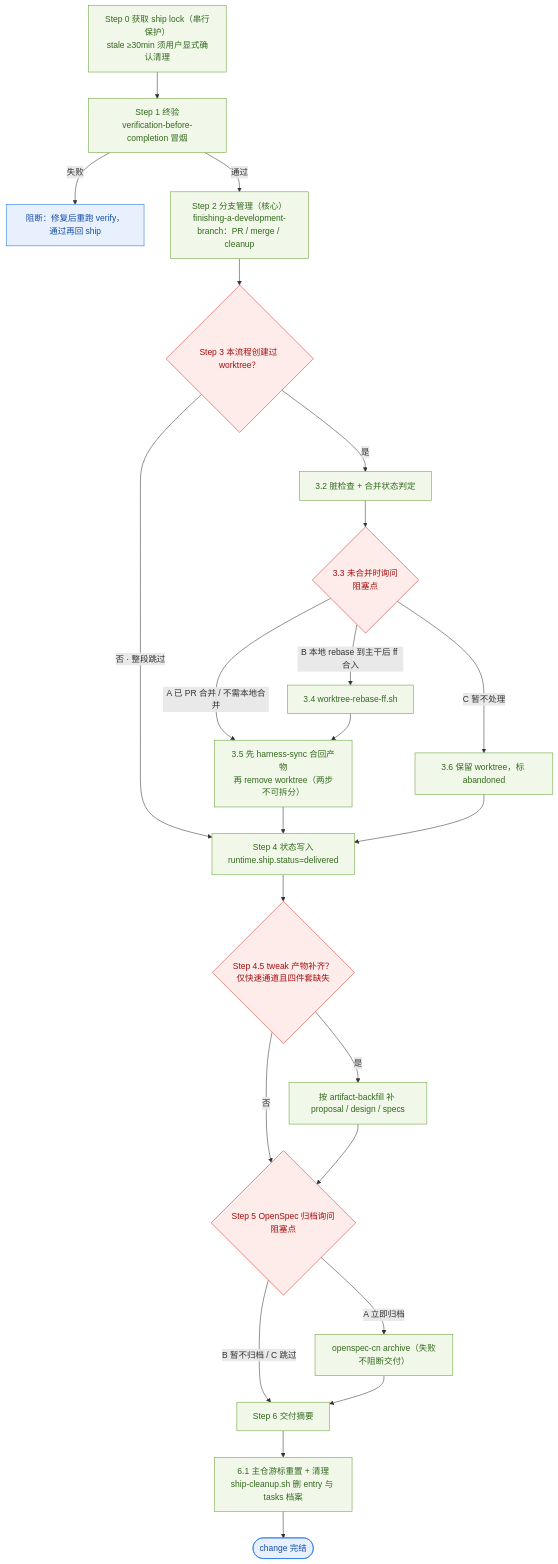
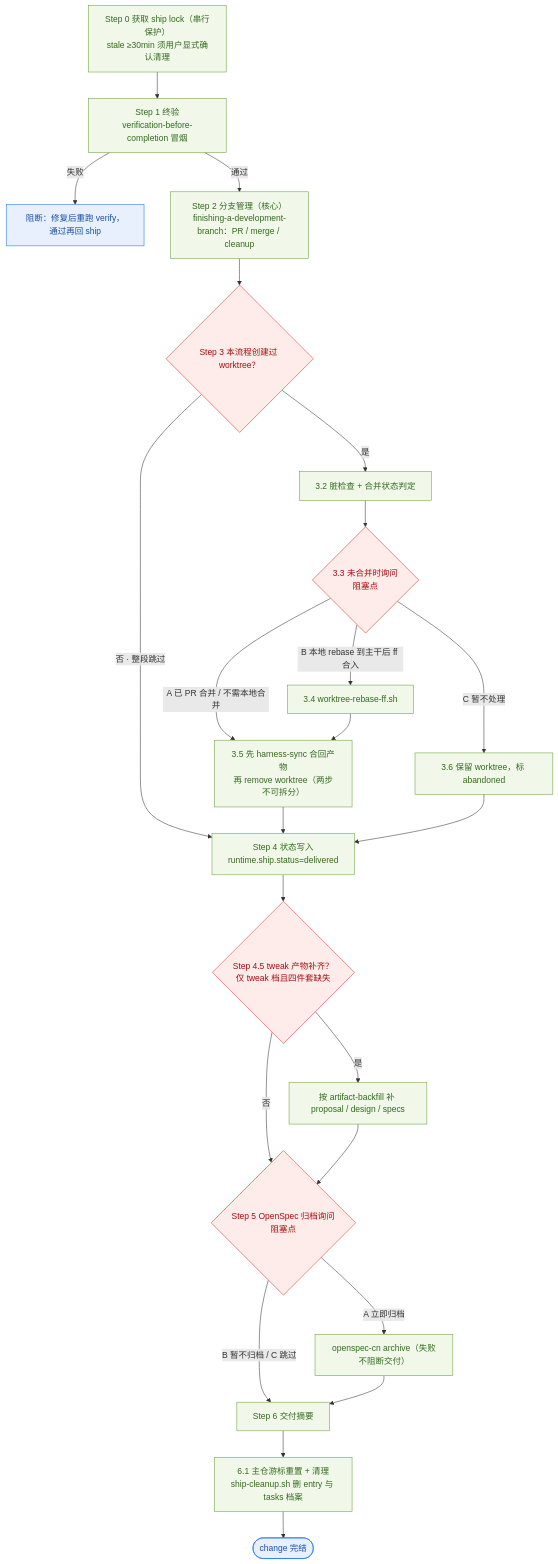
The tenth of 12 diagrams in docs/architecture/coding-workflow-flows.md (incodingless/polaris-flow), drawn with Mermaid before and after one commit. The commit also changed other lines of this file and 46 other files, not shown here.

````diff
--- a/docs/architecture/coding-workflow-flows.md
+++ b/docs/architecture/coding-workflow-flows.md
@@ -478,32 +467,32 @@
 ```mermaid
 flowchart TD
     H0["Step 0 获取 ship lock（串行保护）<br/>stale ≥30min 须用户显式确认清理"]
     H0 --> H1["Step 1 终验<br/>verification-before-completion 冒烟"]
     H1 -->|"失败"| HFAIL["阻断：修复后重跑 verify，通过再回 ship"]
     H1 -->|"通过"| H2["Step 2 分支管理（核心）<br/>finishing-a-development-branch：PR / merge / cleanup"]
     H2 --> HC3{"Step 3 本流程创建过 worktree？"}
     HC3 -->|"否 · 整段跳过"| H4
     HC3 -->|"是"| H32["3.2 脏检查 + 合并状态判定"]
     H32 --> HC33{"3.3 未合并时询问<br/>阻塞点"}
     HC33 -->|"A 已 PR 合并 / 不需本地合并"| H35["3.5 先 harness-sync 合回产物<br/>再 remove worktree（两步不可拆分）"]
     HC33 -->|"B 本地 rebase 到主干后 ff 合入"| H34["3.4 worktree-rebase-ff.sh"] --> H35
     HC33 -->|"C 暂不处理"| H36["3.6 保留 worktree，标 abandoned"]
     H35 --> H4["Step 4 状态写入<br/>runtime.ship.status=delivered"]
     H36 --> H4
-    H4 --> HC45{"Step 4.5 tweak 产物补齐？<br/>仅快速通道且四件套缺失"}
+    H4 --> HC45{"Step 4.5 tweak 产物补齐？<br/>仅 tweak 档且四件套缺失"}
     HC45 -->|"是"| H45["按 artifact-backfill 补 proposal / design / specs"]
     HC45 -->|"否"| H5
     H45 --> H5{"Step 5 OpenSpec 归档询问<br/>阻塞点"}
     H5 -->|"A 立即归档"| H52["openspec-cn archive（失败不阻断交付）"]
     H5 -->|"B 暂不归档 / C 跳过"| H6
     H52 --> H6["Step 6 交付摘要"]
     H6 --> H61["6.1 主仓游标重置 + 清理<br/>ship-cleanup.sh 删 entry 与 tasks 档案"]
     H61 --> HDONE(["change 完结"])
 
     classDef step fill:#f1f8e9,stroke:#689f38,color:#33691e
     classDef gate fill:#fdecea,stroke:#d93025,color:#a50e0e
     classDef out fill:#e8f0fe,stroke:#1a73e8,color:#174ea6
     class H0,H1,H2,H32,H34,H35,H36,H4,H45,H52,H6,H61 step
     class HC3,HC33,HC45,H5 gate
     class HFAIL,HDONE out
 ```
````
